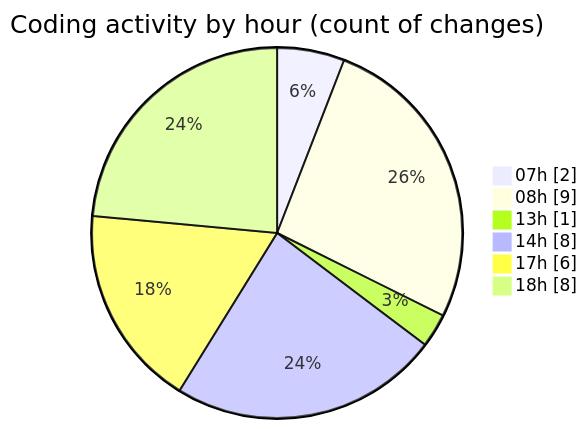
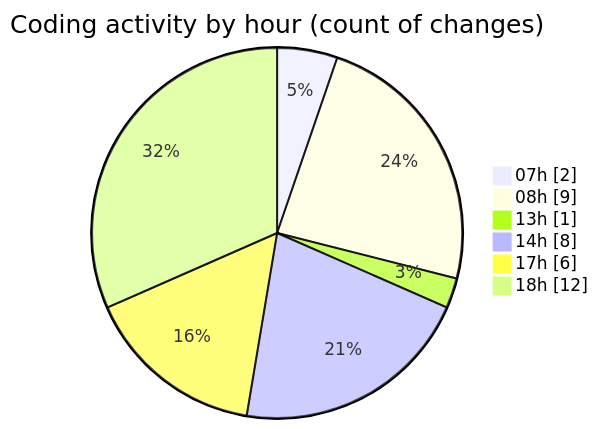
Before and after one commit to Elitesun/code-tracking: the second of 2 diagrams in 2025-05-14/niten/README.md, drawn with Mermaid. The commit also changed other lines of this file and 1 other file, not shown here.

````diff
--- a/2025-05-14/niten/README.md
+++ b/2025-05-14/niten/README.md
@@ -41,10 +41,10 @@
 ```mermaid
 pie showData
 title Coding activity by hour (count of changes)
 "07h" : 2
 "08h" : 9
 "13h" : 1
 "14h" : 8
 "17h" : 6
-"18h" : 8
+"18h" : 12
 ```
````
